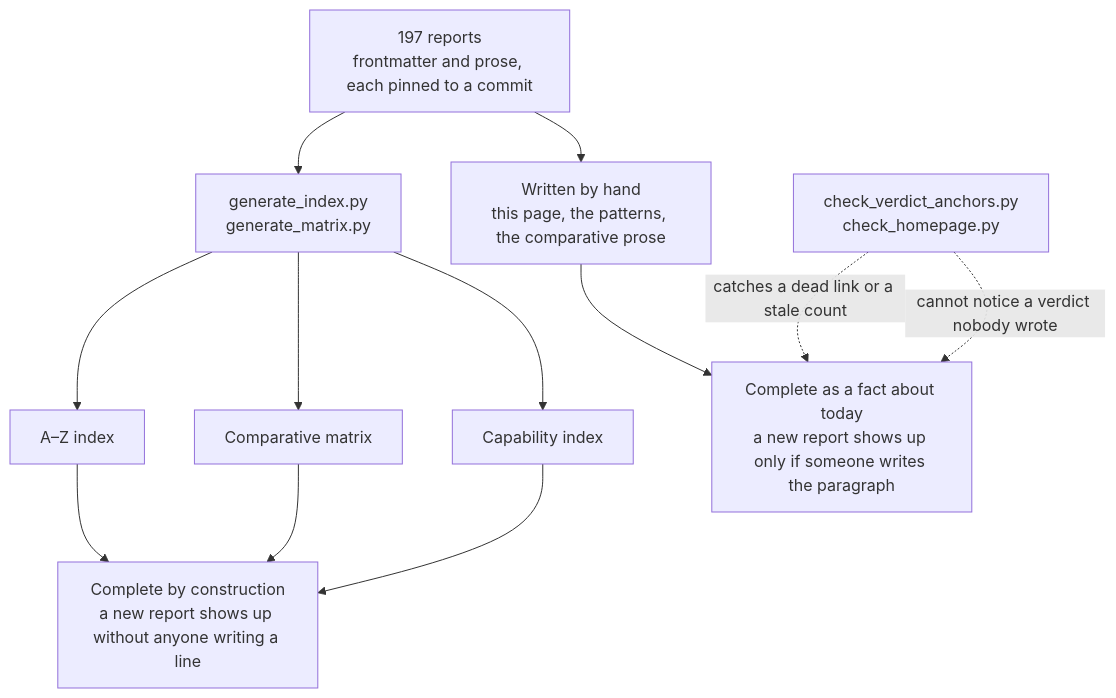
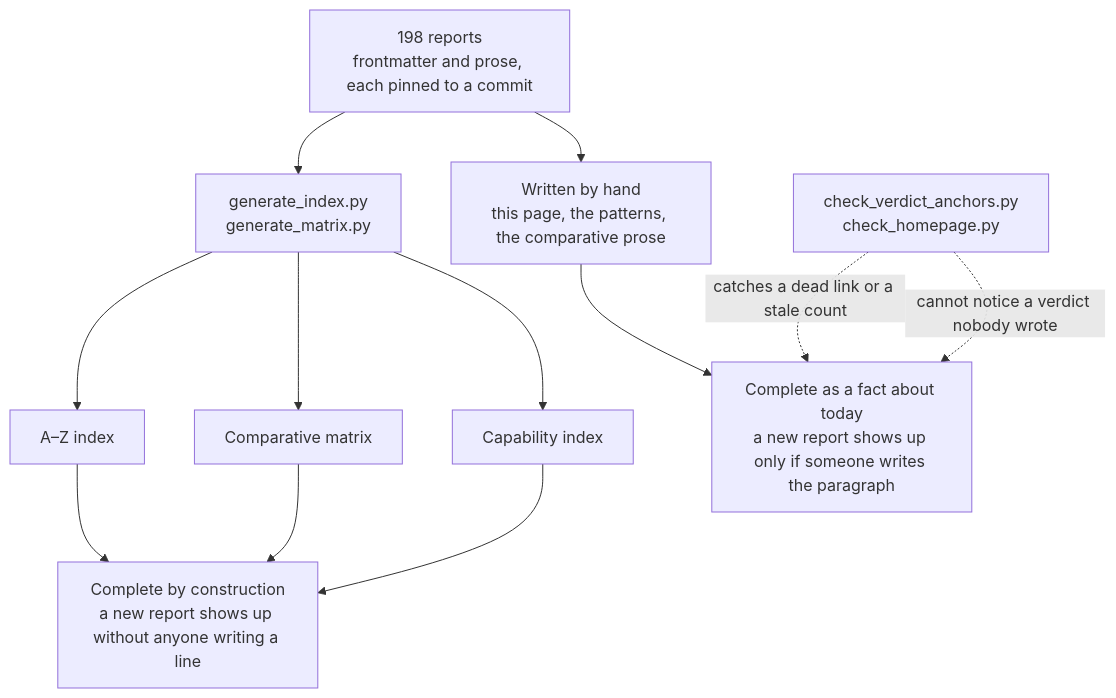
One commit to neoneye/agent-memory-atlas changed the diagram in content/verdicts.md. Above: the diagram before and after it, drawn with Mermaid. The commit also changed other lines of this file and 216 other files, not shown here.

````diff
--- a/content/verdicts.md
+++ b/content/verdicts.md
@@ -40,15 +40,15 @@
 ```mermaid
 flowchart TD
-    R["197 reports<br/>frontmatter and prose, each pinned to a commit"]
+    R["198 reports<br/>frontmatter and prose, each pinned to a commit"]
     R --> GEN["generate_index.py<br/>generate_matrix.py"]
     R --> HAND["Written by hand<br/>this page, the patterns, the comparative prose"]
     GEN --> AZ["A–Z index"]
     GEN --> MX["Comparative matrix"]
     GEN --> CI["Capability index"]
     AZ --> CONST["Complete by construction<br/>a new report shows up without anyone writing a line"]
     MX --> CONST
     CI --> CONST
     HAND --> TODAY["Complete as a fact about today<br/>a new report shows up only if someone writes the paragraph"]
     CHK["check_verdict_anchors.py<br/>check_homepage.py"] -.->|"catches a dead link or a stale count"| TODAY
     CHK -.->|"cannot notice a verdict nobody wrote"| TODAY
 ```
````
